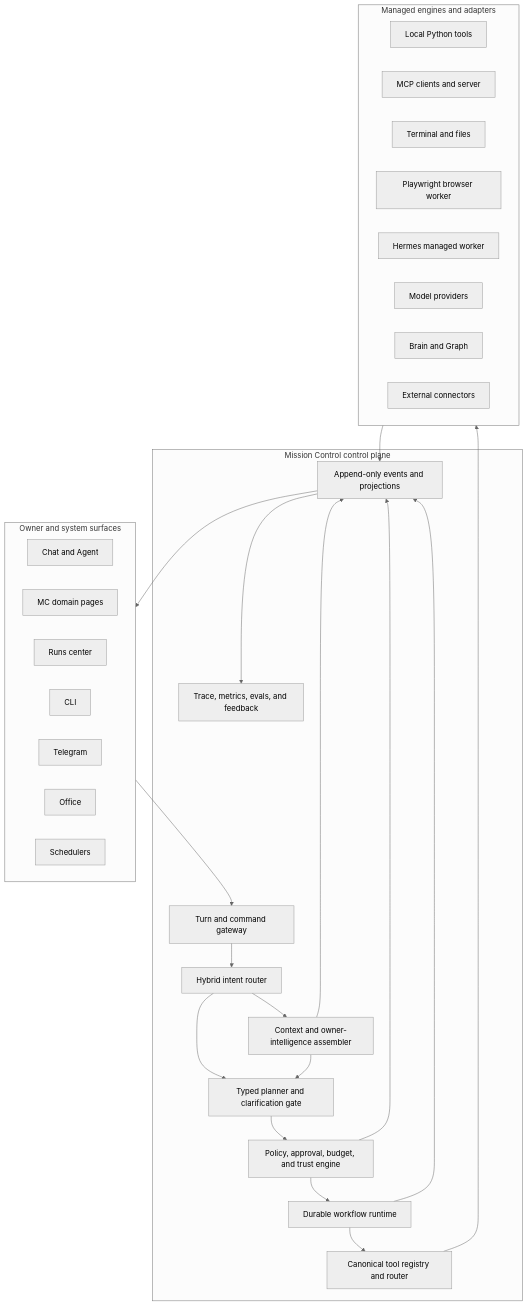
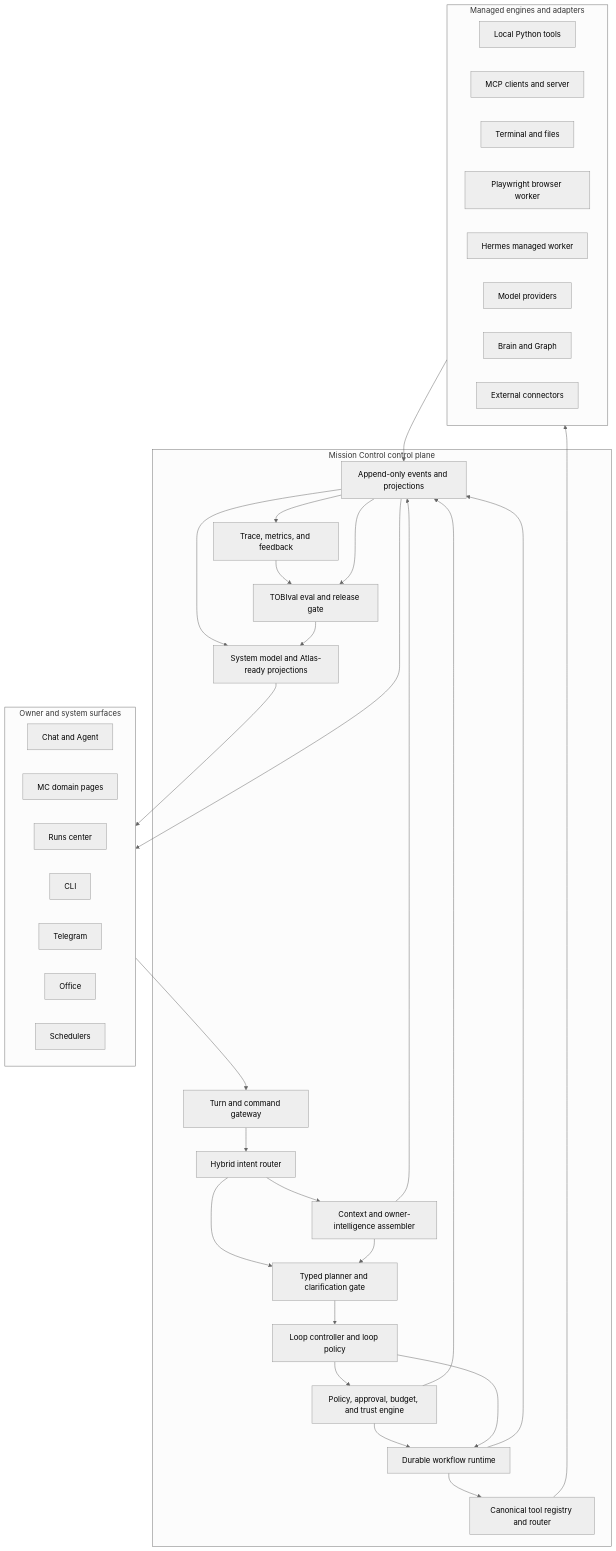
The second of 5 diagrams in docs/feature-idea-queue/MISSION_CONTROL_INFRASTRUCTURE_V2_PLAN.md (binhvu284/tobi), drawn with Mermaid (neutral theme) before and after one commit. The commit also changed other lines of this file, not shown here.

Commit message:
docs: update Mission Control V2 architecture plan

````diff
--- a/docs/feature-idea-queue/MISSION_CONTROL_INFRASTRUCTURE_V2_PLAN.md
+++ b/docs/feature-idea-queue/MISSION_CONTROL_INFRASTRUCTURE_V2_PLAN.md
@@ -200,51 +209,61 @@
 ```mermaid
 flowchart TB
   subgraph Surfaces["Owner and system surfaces"]
     Chat["Chat and Agent"]
     Pages["MC domain pages"]
     RunsUI["Runs center"]
     CLI["CLI"]
     Telegram["Telegram"]
     Office["Office"]
     Scheduler["Schedulers"]
   end
 
   subgraph Gateway["Mission Control control plane"]
     Turn["Turn and command gateway"]
     Router["Hybrid intent router"]
     Context["Context and owner-intelligence assembler"]
     Planner["Typed planner and clarification gate"]
+    Loop["Loop controller and loop policy"]
     Policy["Policy, approval, budget, and trust engine"]
     Runtime["Durable workflow runtime"]
     Tools["Canonical tool registry and router"]
     Events["Append-only events and projections"]
-    Trace["Trace, metrics, evals, and feedback"]
+    Trace["Trace, metrics, and feedback"]
+    Eval["TOBIval eval and release gate"]
+    System["System model and Atlas-ready projections"]
   end
 
   subgraph Engines["Managed engines and adapters"]
     Local["Local Python tools"]
     MCP["MCP clients and server"]
     Terminal["Terminal and files"]
     Browser["Playwright browser worker"]
     Hermes["Hermes managed worker"]
     Model["Model providers"]
     Brain["Brain and Graph"]
     Connectors["External connectors"]
   end
 
   Surfaces --> Turn
   Turn --> Router
   Router --> Context
   Router --> Planner
   Context --> Planner
-  Planner --> Policy
+  Planner --> Loop
+  Loop --> Policy
   Policy --> Runtime
+  Loop --> Runtime
   Runtime --> Tools
   Tools --> Engines
   Runtime --> Events
   Context --> Events
   Policy --> Events
   Engines --> Events
   Events --> Trace
+  Trace --> Eval
+  Events --> Eval
+  Events --> System
+  Eval --> System
+  System --> Surfaces
   Events --> Surfaces
 ```
````
